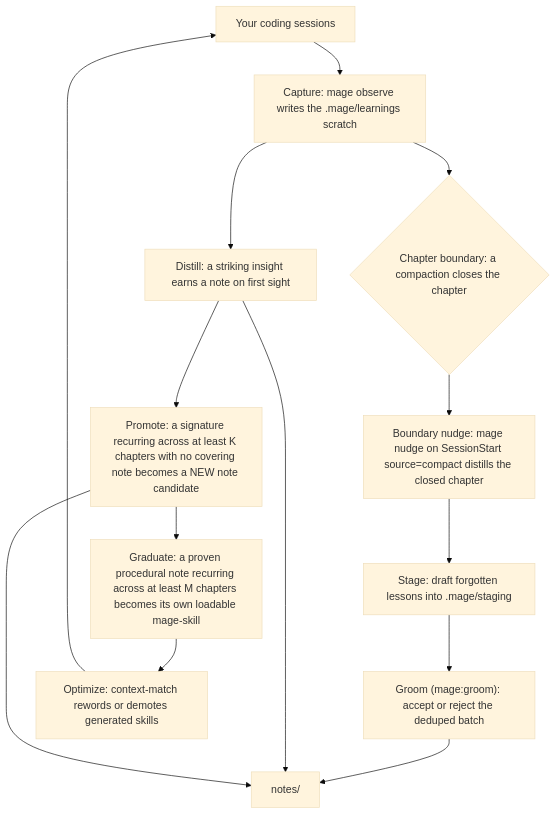
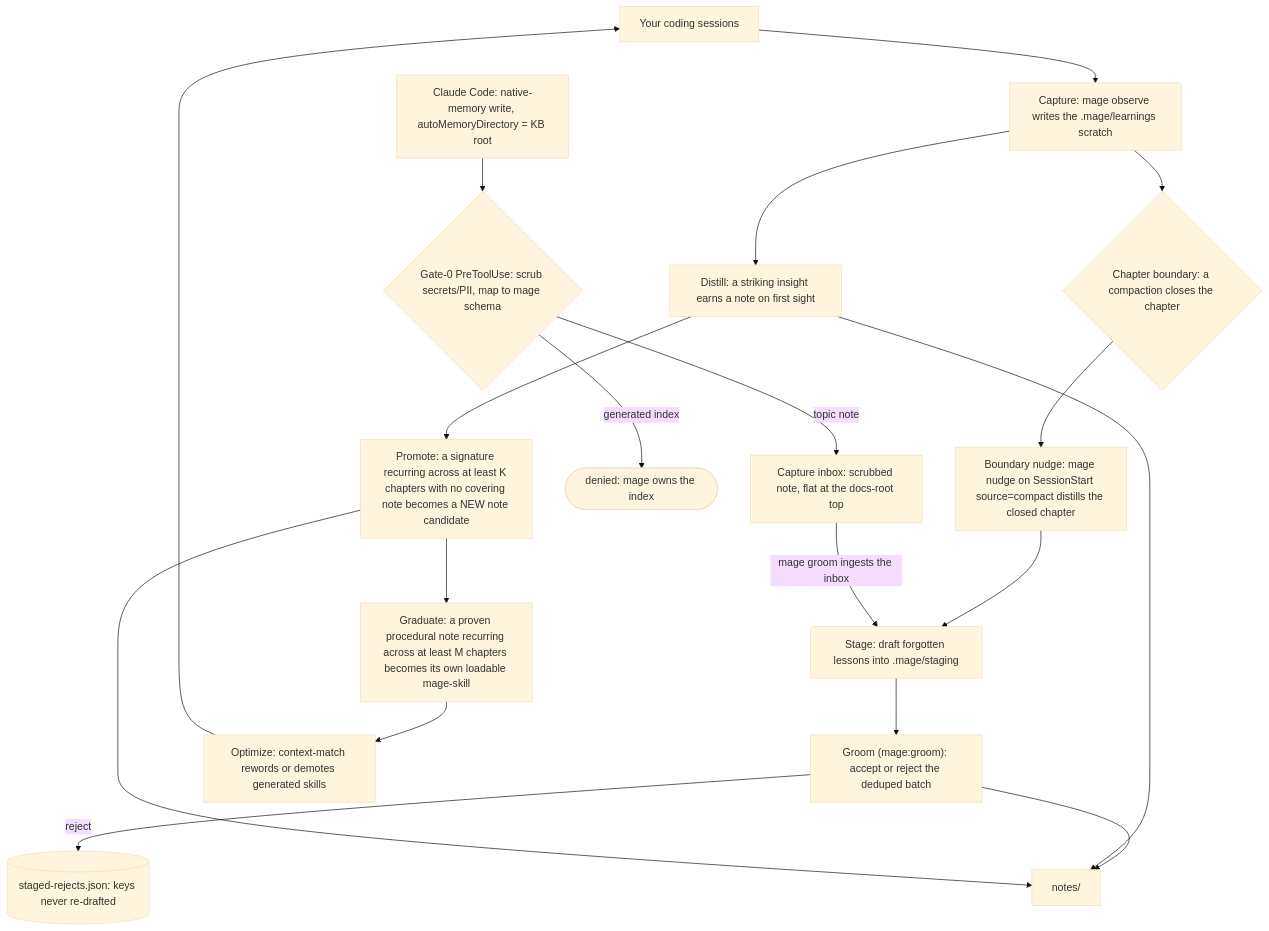
The diagram in docs/src/content/docs/loop/overview.md (Sumit1993/mage-memory), drawn with Mermaid (base theme) before and after one commit. The commit also changed other lines of this file and 3 other files, not shown here.

First line of the commit message:
docs(loop): diagram + prose for the Gate-0 capture redirect (ADR-0032 Phase 7)

````diff
--- a/docs/src/content/docs/loop/overview.md
+++ b/docs/src/content/docs/loop/overview.md
@@ -19,20 +19,26 @@
 ```mermaid
 flowchart TD
   sessions[Your coding sessions] --> observe["Capture: mage observe writes the .mage/learnings scratch"]
 
   observe --> boundary{"Chapter boundary: a compaction closes the chapter"}
 
   boundary --> nudge["Boundary nudge: mage nudge on SessionStart source=compact distills the closed chapter"]
   nudge --> stage["Stage: draft forgotten lessons into .mage/staging"]
   stage --> groom["Groom (mage:groom): accept or reject the deduped batch"]
   groom --> notes[notes/]
+  groom -->|reject| rejects[("staged-rejects.json: keys never re-drafted")]
 
   observe --> distill["Distill: a striking insight earns a note on first sight"]
   distill --> promote["Promote: a signature recurring across at least K chapters with no covering note becomes a NEW note candidate"]
   promote --> graduate["Graduate: a proven procedural note recurring across at least M chapters becomes its own loadable mage-skill"]
   graduate --> optimize["Optimize: context-match rewords or demotes generated skills"]
   optimize --> sessions
 
   distill --> notes
   promote --> notes
+
+  ccwrite["Claude Code: native-memory write, autoMemoryDirectory = KB root"] --> gate0{"Gate-0 PreToolUse: scrub secrets/PII, map to mage schema"}
+  gate0 -->|generated index| denied(["denied: mage owns the index"])
+  gate0 -->|topic note| inbox["Capture inbox: scrubbed note, flat at the docs-root top"]
+  inbox -->|mage groom ingests the inbox| stage
 ```
````
